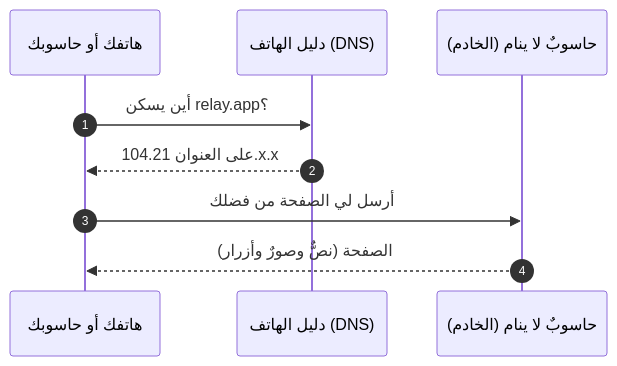
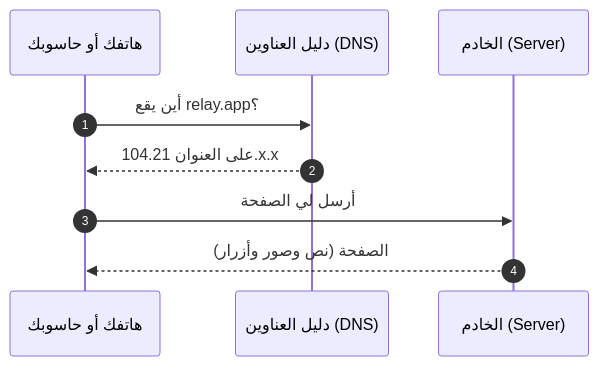
The first of 7 diagrams in modules/00-foundations/foundations.ar.md (Tamoura/system-design-for-vibe-coders), drawn with Mermaid before and after one commit. The commit also changed other lines of this file and 5 other files, not shown here.

````diff
--- a/modules/00-foundations/foundations.ar.md
+++ b/modules/00-foundations/foundations.ar.md
@@ -21,11 +21,11 @@
 ```mermaid
 sequenceDiagram
     autonumber
     participant You as هاتفك أو حاسوبك
-    participant DNS as دليل الهاتف (DNS)
-    participant S as حاسوبٌ لا ينام (الخادم)
-    You->>DNS: أين يسكن relay.app؟
+    participant DNS as دليل العناوين (DNS)
+    participant S as الخادم (Server)
+    You->>DNS: أين يقع relay.app؟
     DNS-->>You: على العنوان 104.21.x.x
-    You->>S: أرسل لي الصفحة من فضلك
-    S-->>You: الصفحة (نصٌّ وصورٌ وأزرار)
+    You->>S: أرسل لي الصفحة
+    S-->>You: الصفحة (نص وصور وأزرار)
 ```
````
